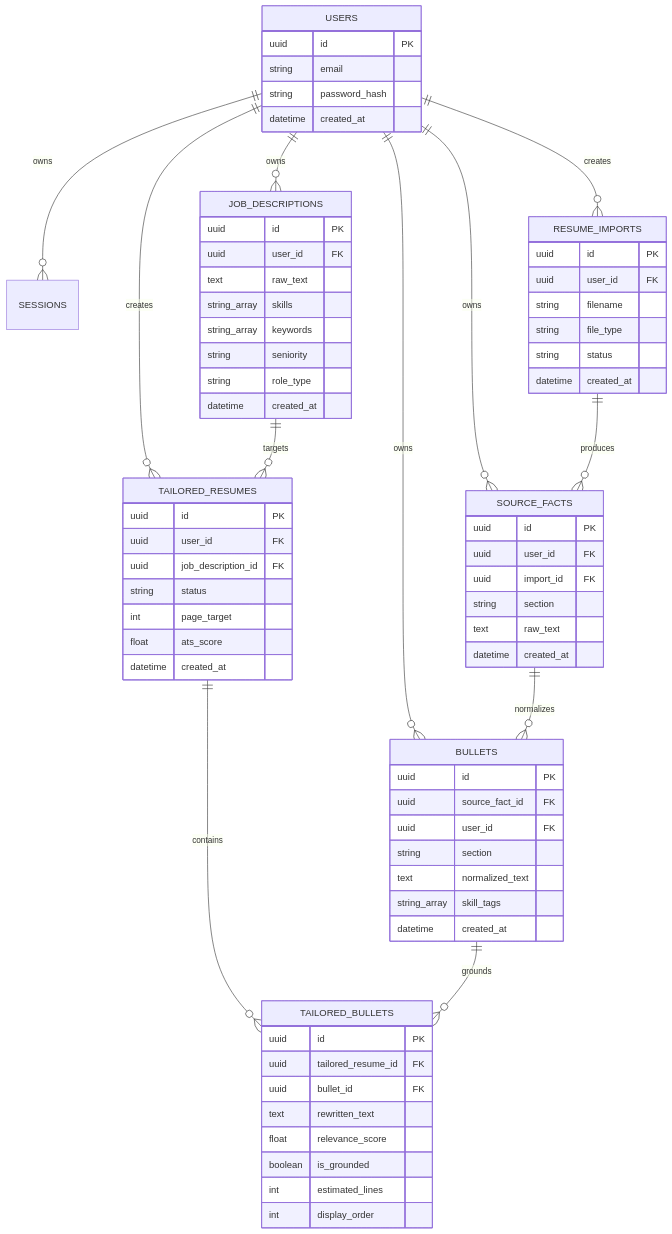
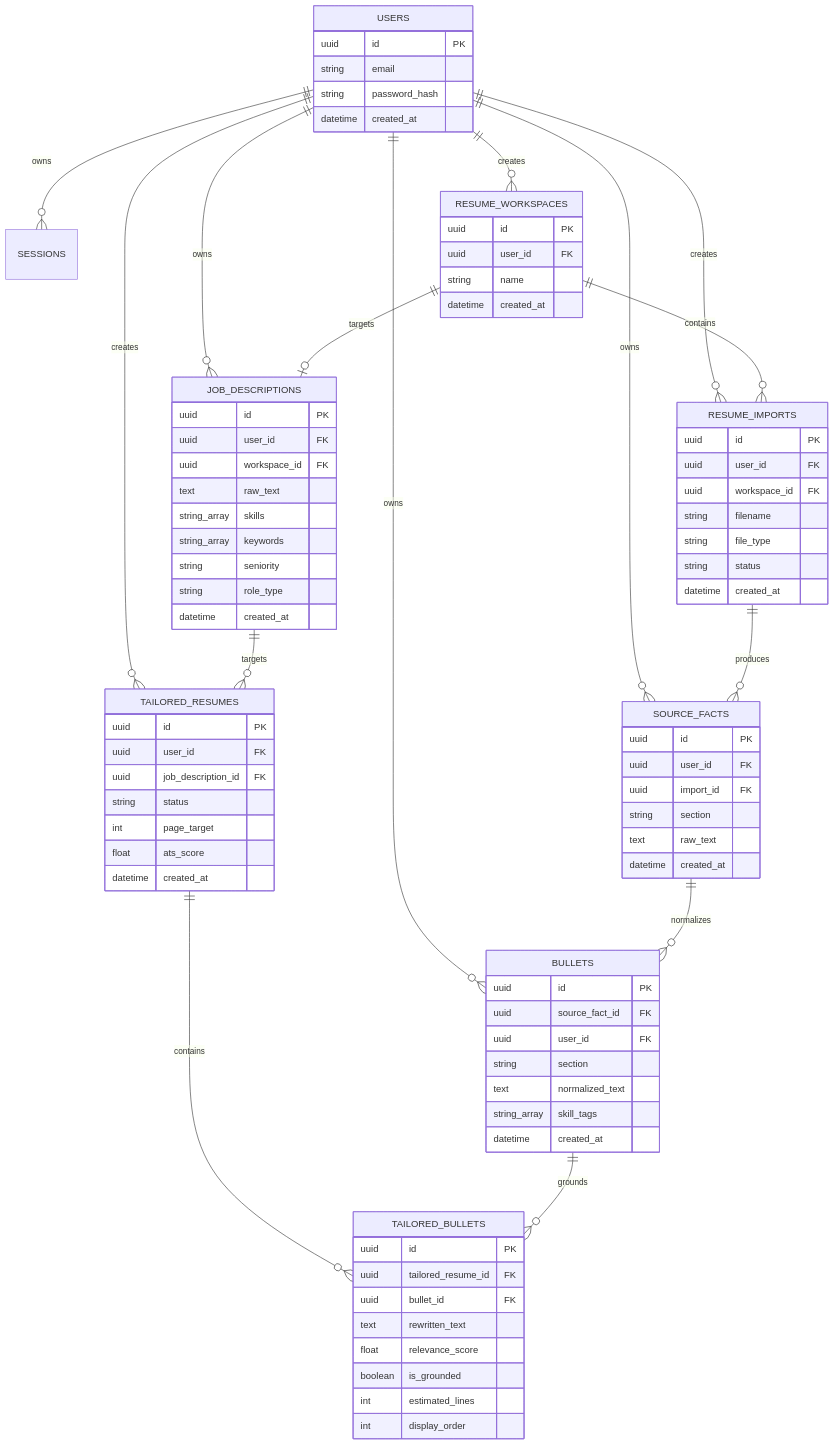
One commit to HitkarMiglani/KnapResume changed the third of 5 diagrams in docs/BUILD_PLAN.md. Above: the diagram before and after it, drawn with Mermaid. The commit also changed other lines of this file and 13 other files, not shown here.

Commit message:
feat: Implement profile-first onboarding flow with resume workspaces and session management

```diff
--- a/docs/BUILD_PLAN.md
+++ b/docs/BUILD_PLAN.md
@@ -155,6 +171,9 @@
     USERS ||--o{ BULLETS : owns
     USERS ||--o{ JOB_DESCRIPTIONS : owns
     USERS ||--o{ RESUME_IMPORTS : creates
+    USERS ||--o{ RESUME_WORKSPACES : creates
+    RESUME_WORKSPACES ||--o| JOB_DESCRIPTIONS : targets
+    RESUME_WORKSPACES ||--o{ RESUME_IMPORTS : contains
     USERS ||--o{ TAILORED_RESUMES : creates
     SOURCE_FACTS ||--o{ BULLETS : normalizes
     RESUME_IMPORTS ||--o{ SOURCE_FACTS : produces
@@ -171,6 +190,7 @@
     RESUME_IMPORTS {
         uuid id PK
         uuid user_id FK
+        uuid workspace_id FK
         string filename
         string file_type
         string status
@@ -196,11 +216,18 @@
     JOB_DESCRIPTIONS {
         uuid id PK
         uuid user_id FK
+        uuid workspace_id FK
         text raw_text
         string_array skills
         string_array keywords
         string seniority
         string role_type
+        datetime created_at
+    }
+    RESUME_WORKSPACES {
+        uuid id PK
+        uuid user_id FK
+        string name
         datetime created_at
     }
     TAILORED_RESUMES {
```
